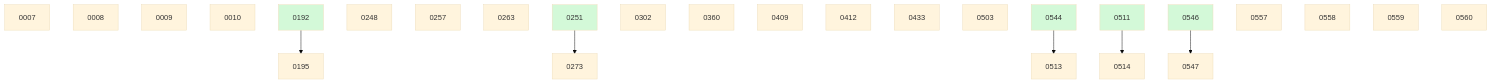
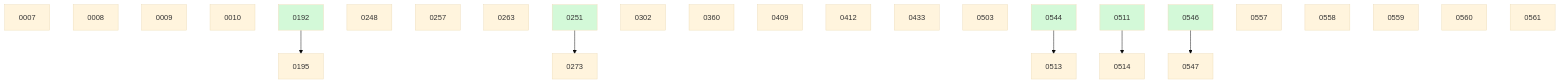
One commit to danielhanold/docket changed the diagram in docs/changes/BOARD.md. Above: the diagram before and after it, drawn with Mermaid (base theme). The commit also changed other lines of this file and 1 other file, not shown here.

````diff
--- a/docs/changes/BOARD.md
+++ b/docs/changes/BOARD.md
@@ -37,31 +38,32 @@
 ```mermaid
 graph TD
   0007
   0008
   0009
   0010
   0192 --> 0195
   0248
   0257
   0263
   0251 --> 0273
   0302
   0360
   0409
   0412
   0433
   0503
   0544 --> 0513
   0511 --> 0514
   0546 --> 0547
   0557
   0558
   0559
   0560
+  0561
   0192:::done
   0251:::done
   0511:::done
   0544:::done
   0546:::done
   classDef done fill:#d3f9d8;
 ```
````
